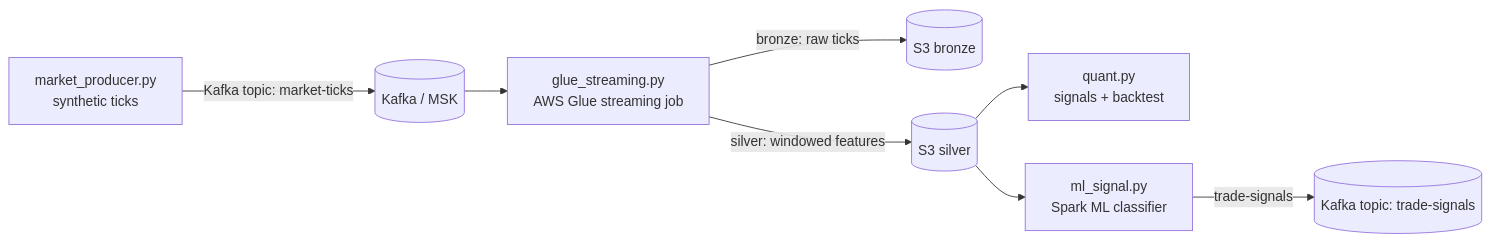
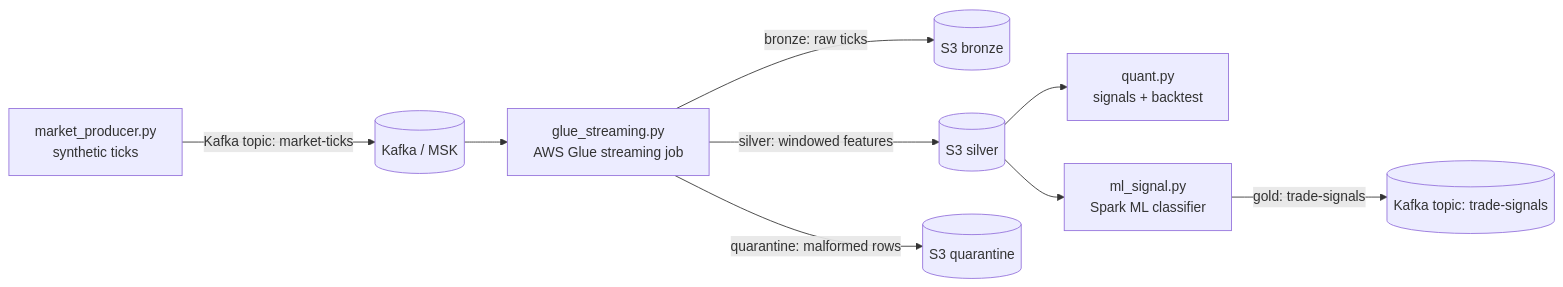
One commit to y2ksayed/auto-trading-quant-aws-glue changed the diagram in README.md. Above: the diagram before and after it, drawn with Mermaid. The commit also changed other lines of this file and 24 other files, not shown here.

````diff
--- a/README.md
+++ b/README.md
@@ -16,10 +76,11 @@
 ```mermaid
 flowchart LR
     P[market_producer.py<br/>synthetic ticks] -->|Kafka topic: market-ticks| K[(Kafka / MSK)]
     K --> G[glue_streaming.py<br/>AWS Glue streaming job]
     G -->|bronze: raw ticks| S3B[(S3 bronze)]
     G -->|silver: windowed features| S3S[(S3 silver)]
+    G -->|quarantine: malformed rows| S3Q[(S3 quarantine)]
     S3S --> Q[quant.py<br/>signals + backtest]
     S3S --> M[ml_signal.py<br/>Spark ML classifier]
-    M -->|trade-signals| K2[(Kafka topic: trade-signals)]
+    M -->|gold: trade-signals| K2[(Kafka topic: trade-signals)]
 ```
````
